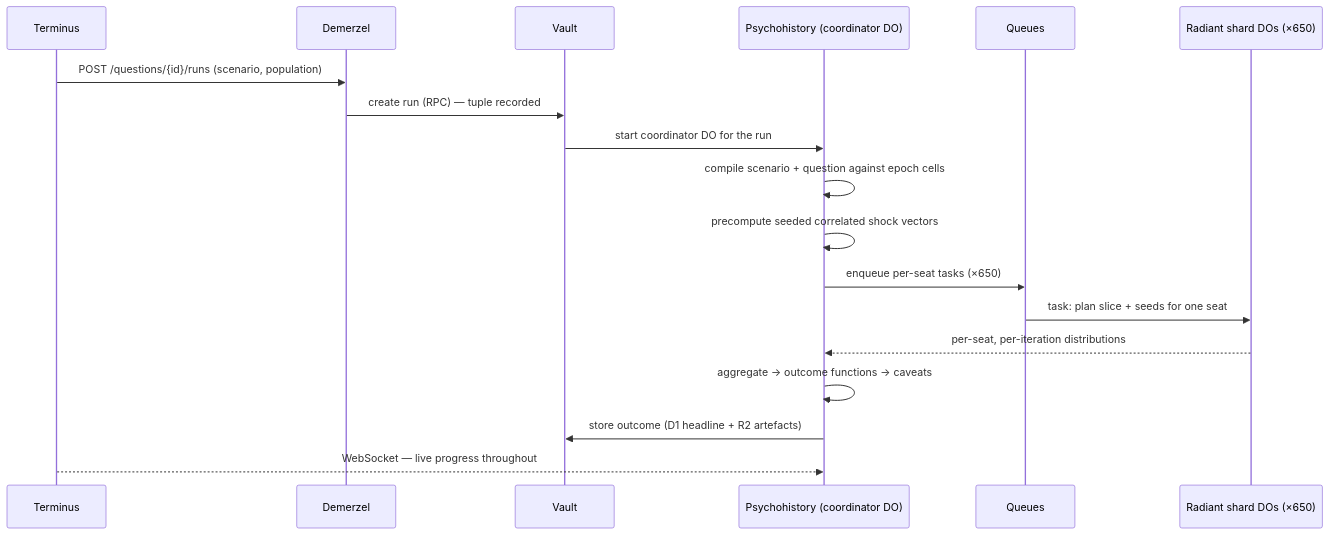
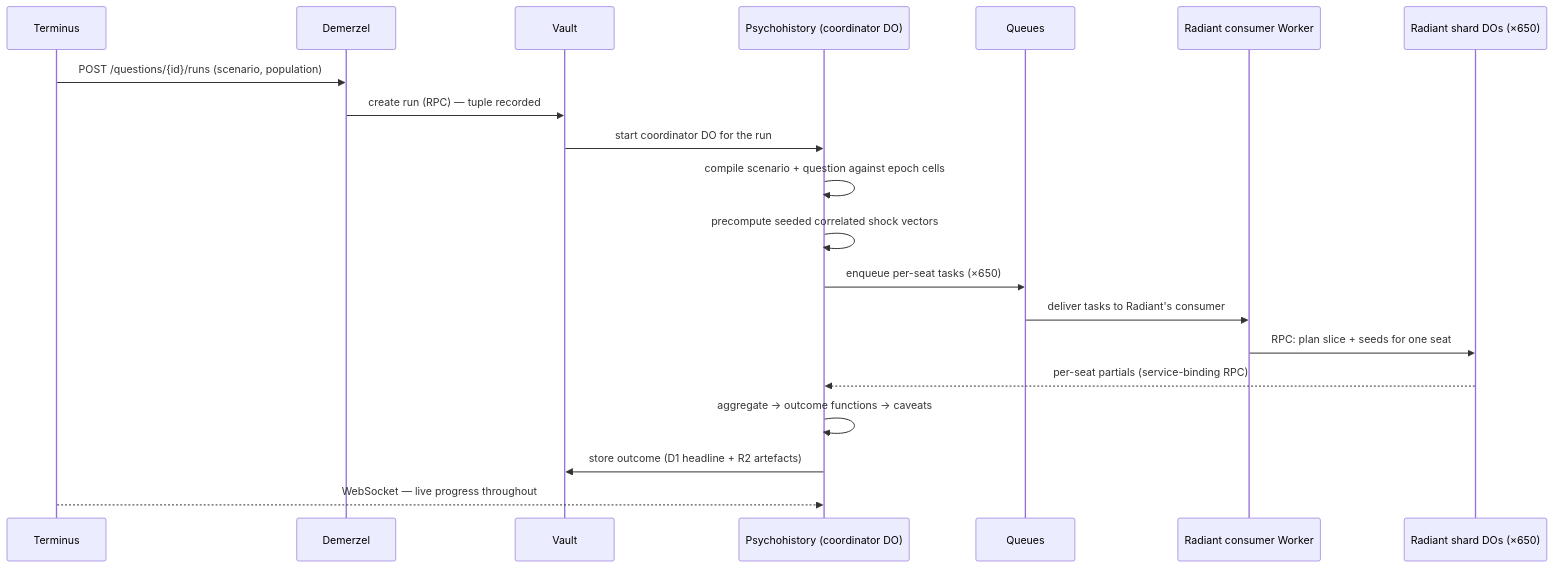
The diagram in docs/03-architecture.md (waxim/seldon), drawn with Mermaid before and after one commit. The commit also changed other lines of this file and 11 other files, not shown here.

````diff
--- a/docs/03-architecture.md
+++ b/docs/03-architecture.md
@@ -191,21 +242,23 @@
 ```mermaid
 sequenceDiagram
     participant T as Terminus
     participant D as Demerzel
     participant V as Vault
     participant P as Psychohistory (coordinator DO)
     participant Q as Queues
+    participant C as Radiant consumer Worker
     participant R as Radiant shard DOs (×650)
 
     T->>D: POST /questions/{id}/runs (scenario, population)
     D->>V: create run (RPC) — tuple recorded
     V->>P: start coordinator DO for the run
     P->>P: compile scenario + question against epoch cells
     P->>P: precompute seeded correlated shock vectors
     P->>Q: enqueue per-seat tasks (×650)
-    Q->>R: task: plan slice + seeds for one seat
-    R-->>P: per-seat, per-iteration distributions
+    Q->>C: deliver tasks to Radiant's consumer
+    C->>R: RPC: plan slice + seeds for one seat
+    R-->>P: per-seat partials (service-binding RPC)
     P->>P: aggregate → outcome functions → caveats
     P->>V: store outcome (D1 headline + R2 artefacts)
     T-->>P: WebSocket — live progress throughout
 ```
````
